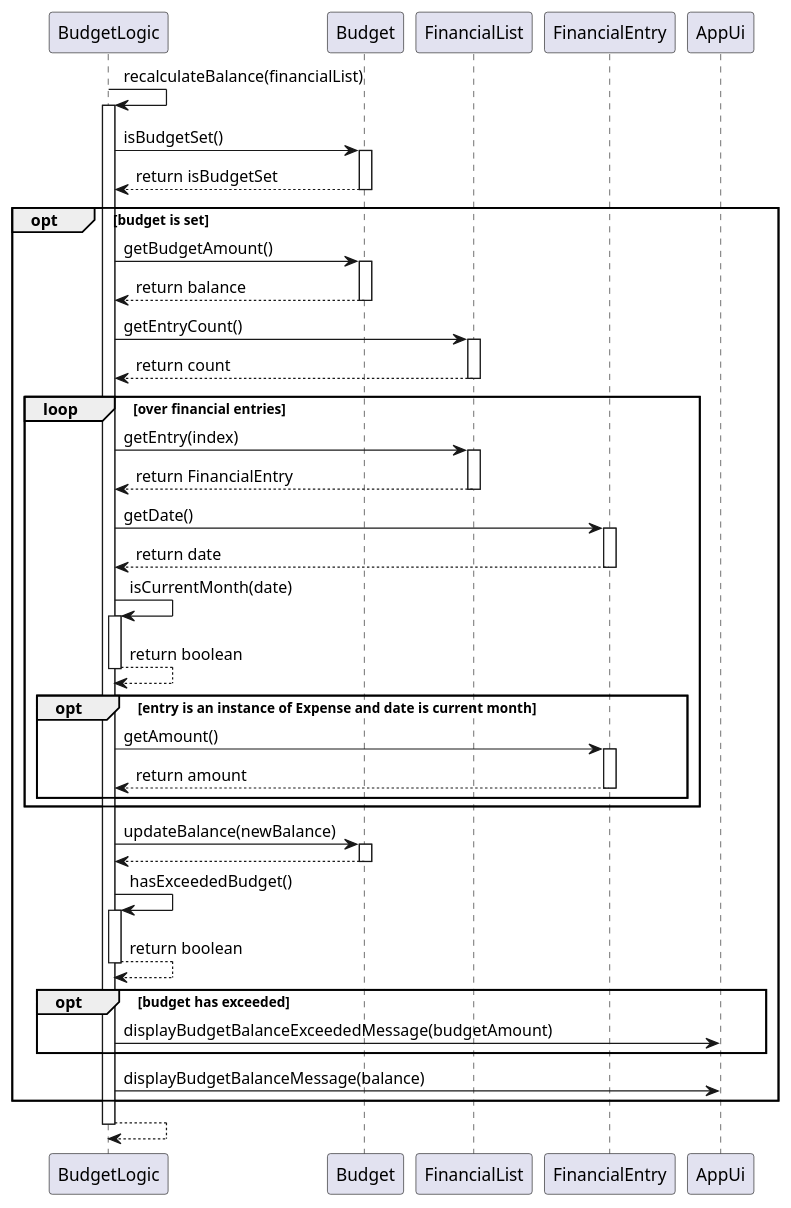
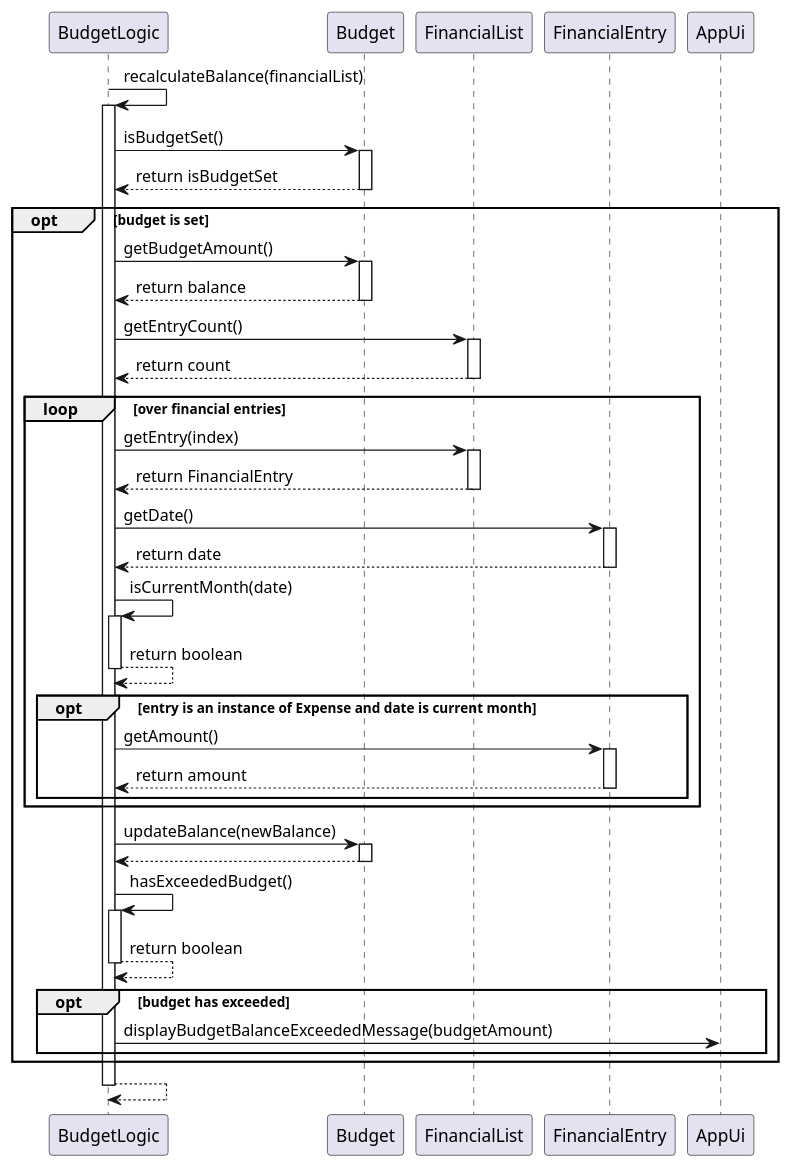
One commit to nus-cs2113-AY2425S1/tp changed the diagram in docs/UML/recalculateBalanceSequence.puml. Above: the diagram before and after it, drawn with PlantUML. The commit also changed 11 other files, not shown here.

```diff
--- a/docs/UML/recalculateBalanceSequence.puml
+++ b/docs/UML/recalculateBalanceSequence.puml
@@ -1,69 +1,67 @@
 @startuml
 
 participant BudgetLogic
 participant Budget
 participant FinancialList
 participant FinancialEntry
 participant AppUi
 
 BudgetLogic -> BudgetLogic: recalculateBalance(financialList)
 activate BudgetLogic
 BudgetLogic -> Budget: isBudgetSet()
 activate Budget
 Budget --> BudgetLogic: return isBudgetSet
 deactivate Budget
 
 opt budget is set
     BudgetLogic -> Budget: getBudgetAmount()
     activate Budget
     Budget --> BudgetLogic: return balance
     deactivate Budget
 
     BudgetLogic -> FinancialList: getEntryCount()
     activate FinancialList
     FinancialList --> BudgetLogic: return count
     deactivate FinancialList
 
     loop over financial entries
         BudgetLogic -> FinancialList: getEntry(index)
         activate FinancialList
         FinancialList --> BudgetLogic: return FinancialEntry
         deactivate FinancialList
 
         BudgetLogic -> FinancialEntry: getDate()
         activate FinancialEntry
         FinancialEntry --> BudgetLogic: return date
         deactivate FinancialEntry
 
         BudgetLogic -> BudgetLogic: isCurrentMonth(date)
         activate BudgetLogic
         BudgetLogic --> BudgetLogic: return boolean
         deactivate BudgetLogic
 
         opt entry is an instance of Expense and date is current month
             BudgetLogic -> FinancialEntry: getAmount()
             activate FinancialEntry
             FinancialEntry --> BudgetLogic: return amount
             deactivate FinancialEntry
         end
     end
 
     BudgetLogic -> Budget: updateBalance(newBalance)
     activate Budget
     Budget --> BudgetLogic
     deactivate Budget
 
     BudgetLogic -> BudgetLogic: hasExceededBudget()
     activate BudgetLogic
     BudgetLogic --> BudgetLogic: return boolean
     deactivate BudgetLogic
 
     opt budget has exceeded
         BudgetLogic -> AppUi: displayBudgetBalanceExceededMessage(budgetAmount)
     end
-
-    BudgetLogic -> AppUi: displayBudgetBalanceMessage(balance)
 end
 BudgetLogic --> BudgetLogic
 deactivate BudgetLogic
 @enduml
```
